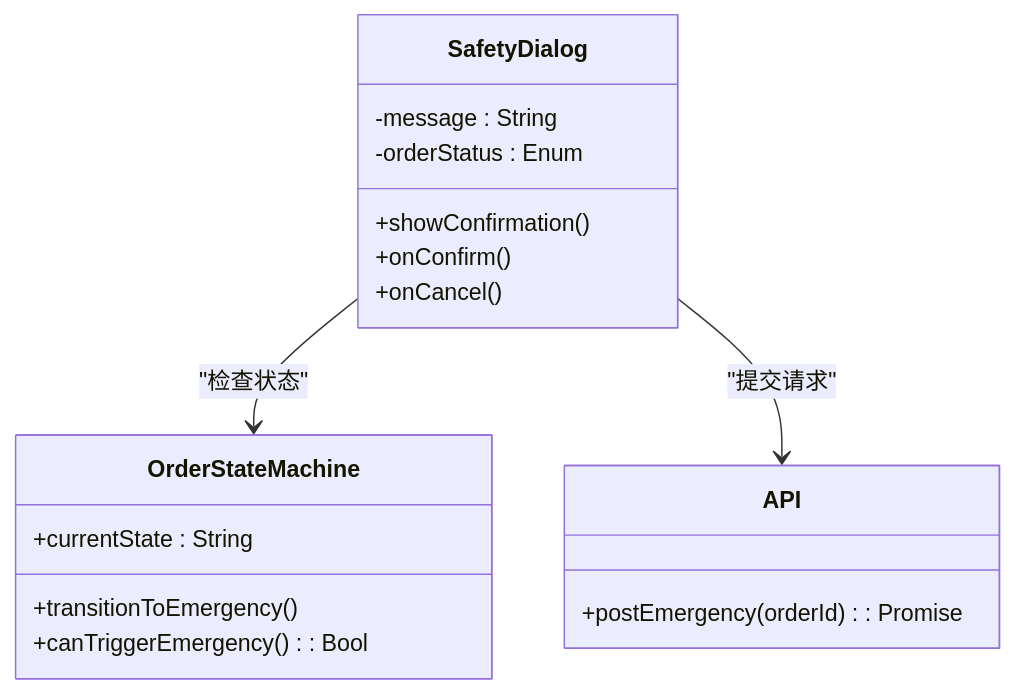
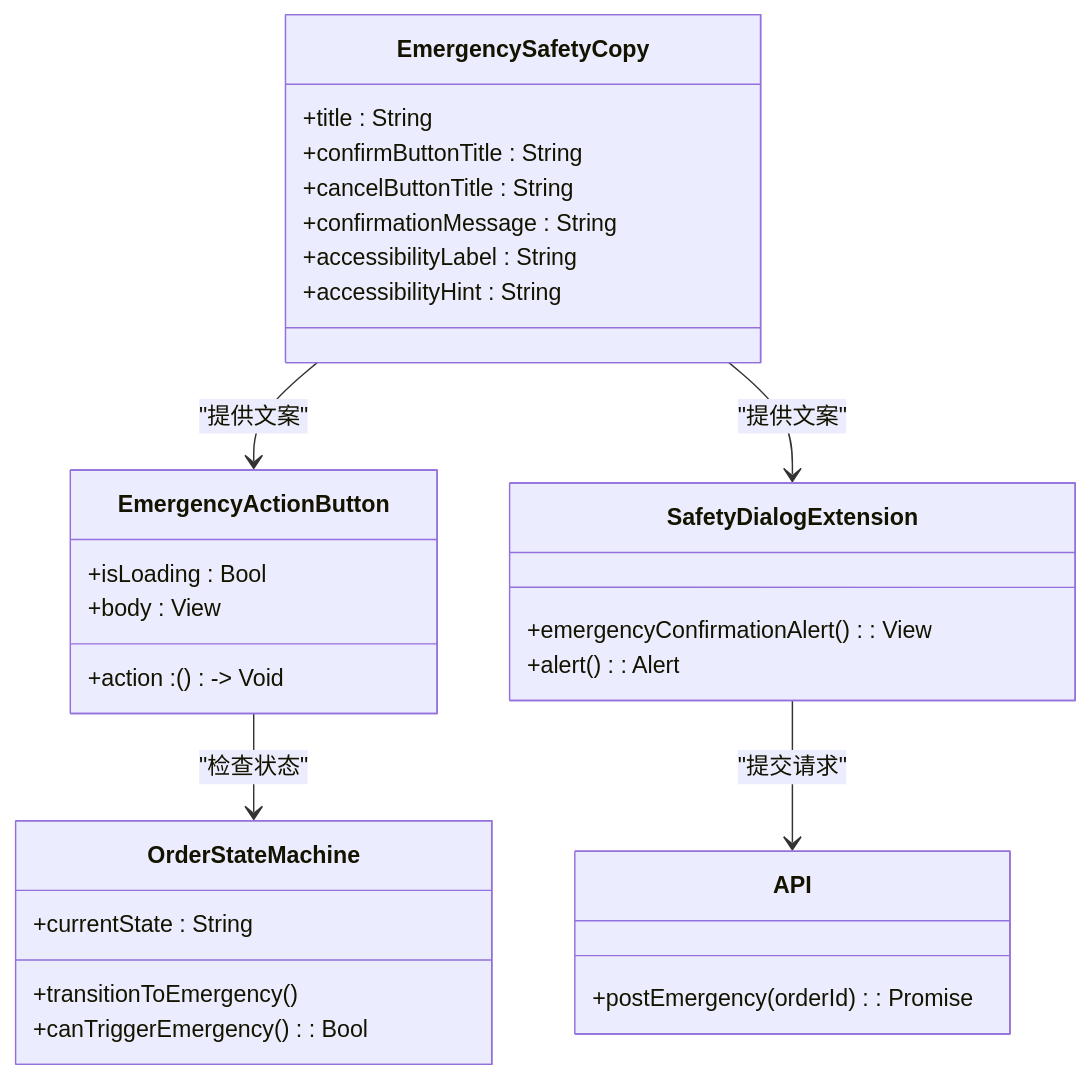
The fifth of 8 diagrams in .qoder/repowiki/zh/content/架构设计/模块化架构设计/Safety 安全模块.md (Jayden23018/blind-run-ios), drawn with Mermaid before and after one commit. The commit also changed other lines of this file and 11 other files, not shown here.

Commit message:
Fix completion sheet label and update safety docs

````diff
--- a/.qoder/repowiki/zh/content/架构设计/模块化架构设计/Safety 安全模块.md
+++ b/.qoder/repowiki/zh/content/架构设计/模块化架构设计/Safety 安全模块.md
@@ -159,20 +186,32 @@
 ```mermaid
 classDiagram
-class SafetyDialog {
-+showConfirmation()
-+onConfirm()
-+onCancel()
--message : String
--orderStatus : Enum
+class EmergencySafetyCopy {
++title : String
++confirmButtonTitle : String
++cancelButtonTitle : String
++confirmationMessage : String
++accessibilityLabel : String
++accessibilityHint : String
+}
+class EmergencyActionButton {
++isLoading : Bool
++action : () -> Void
++body : View
+}
+class SafetyDialogExtension {
++emergencyConfirmationAlert() : View
++alert() : Alert
 }
 class OrderStateMachine {
 +currentState : String
 +transitionToEmergency()
 +canTriggerEmergency() : Bool
 }
 class API {
 +postEmergency(orderId) : Promise
 }
-SafetyDialog --> OrderStateMachine : "检查状态"
-SafetyDialog --> API : "提交请求"
+EmergencySafetyCopy --> EmergencyActionButton : "提供文案"
+EmergencySafetyCopy --> SafetyDialogExtension : "提供文案"
+EmergencyActionButton --> OrderStateMachine : "检查状态"
+SafetyDialogExtension --> API : "提交请求"
 ```
````
